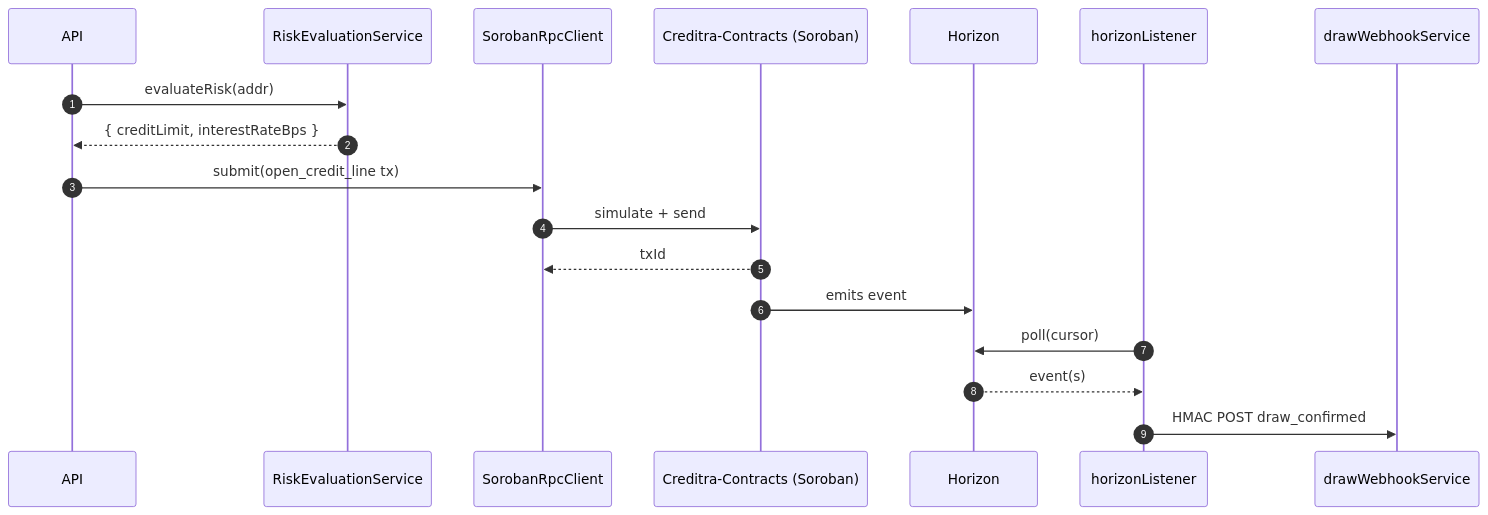
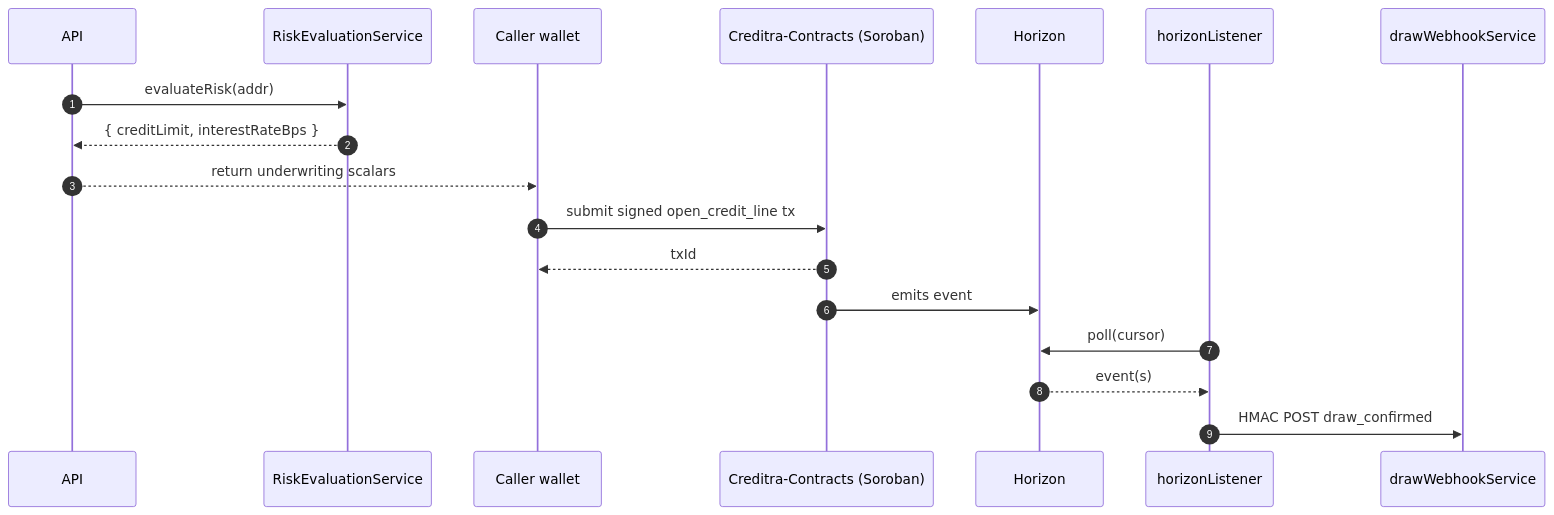
Before and after one commit to Creditra/Creditra-Backend: the third of 3 diagrams in docs/SIGNALS_INGEST.md, drawn with Mermaid. The commit also changed other lines of this file and 10 other files, not shown here.

Commit message:
fix(reconciliation): clean Soroban RPC path

````diff
--- a/docs/SIGNALS_INGEST.md
+++ b/docs/SIGNALS_INGEST.md
@@ -160,21 +160,21 @@
 ```mermaid
 sequenceDiagram
     autonumber
     participant API
     participant RES as RiskEvaluationService
-    participant SRPC as SorobanRpcClient
+    participant Wallet as Caller wallet
     participant Contract as Creditra-Contracts (Soroban)
     participant Horizon
     participant HL as horizonListener
     participant DWS as drawWebhookService
 
     API->>RES: evaluateRisk(addr)
     RES-->>API: { creditLimit, interestRateBps }
-    API->>SRPC: submit(open_credit_line tx)
-    SRPC->>Contract: simulate + send
-    Contract-->>SRPC: txId
+    API-->>Wallet: return underwriting scalars
+    Wallet->>Contract: submit signed open_credit_line tx
+    Contract-->>Wallet: txId
     Contract->>Horizon: emits event
     HL->>Horizon: poll(cursor)
     Horizon-->>HL: event(s)
     HL->>DWS: HMAC POST draw_confirmed
 ```
````
